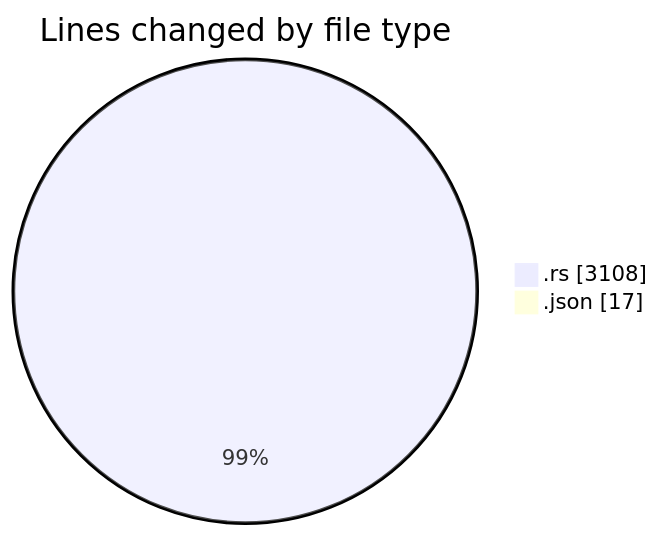
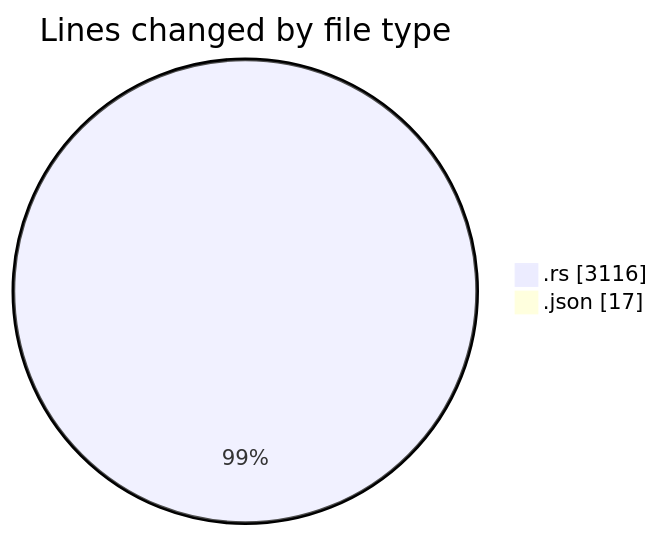
Before and after one commit to Ritupan-Deka/code-tracking: the first of 2 diagrams in 2025-12-28/rust/README.md, drawn with Mermaid. The commit also changed other lines of this file and 1 other file, not shown here.

````diff
--- a/2025-12-28/rust/README.md
+++ b/2025-12-28/rust/README.md
@@ -21,6 +21,6 @@
 ```mermaid
 pie showData
 title Lines changed by file type
-".rs" : 3108
+".rs" : 3116
 ".json" : 17
 ```
````
